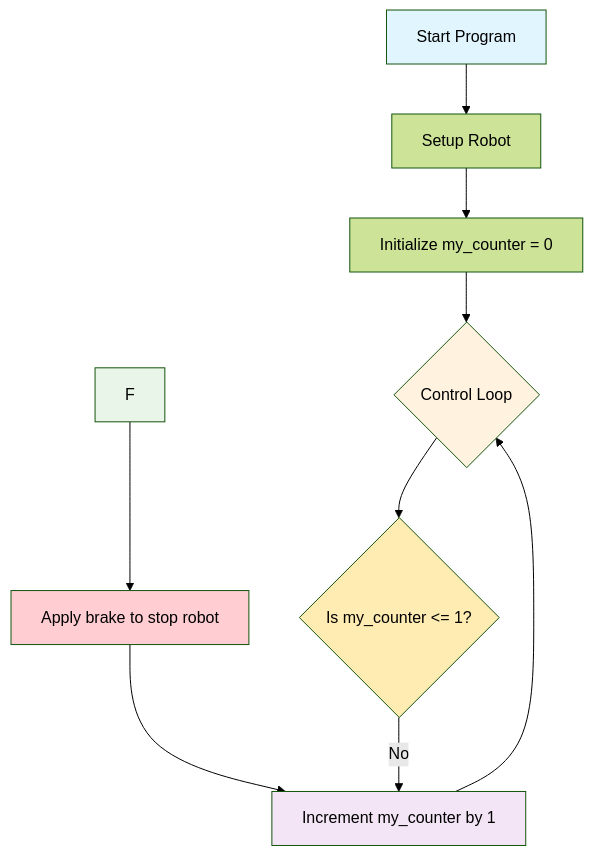
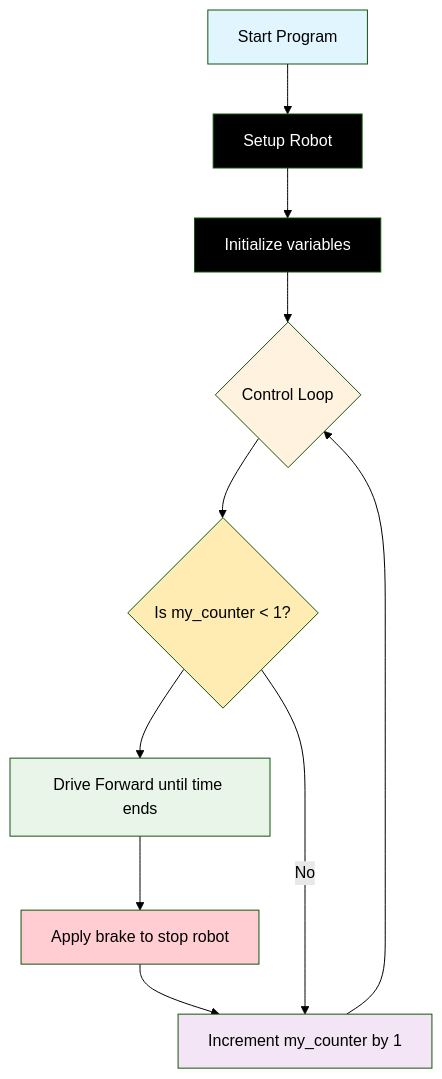
One commit to TempeHS/AIDriver_MicroPython_Challanges changed the diagram in docs/Challenge_2.md. Above: the diagram before and after it, drawn with Mermaid (forest theme). The commit also changed other lines of this file and 10 other files, not shown here.

````diff
--- a/docs/Challenge_2.md
+++ b/docs/Challenge_2.md
@@ -11,18 +16,21 @@
 ```mermaid
 flowchart TD
     A[Start Program] --> B[Setup Robot]
-    B --> C[Initialize my_counter = 0]
+    B --> C[Initialize variables]
     C --> D{Control Loop}
-    D --> E{Is my_counter <= 1?}
+    D --> E{Is my_counter < 1?}
+    E --> F[Drive Forward until time ends]
     F --> G[Apply brake to stop robot]
     G --> H[Increment my_counter by 1]
     H --> D
     E -->|No| H
 
-    style A fill:#e1f5fe
-    style D fill:#fff3e0
-    style E fill:#ffecb3
-    style F fill:#e8f5e8
-    style G fill:#ffcdd2
-    style H fill:#f3e5f5
+    style A fill:#e1f5fe,color:#000000
+    style B fill:#000000, color:#ffffff
+    style C fill:#000000, color:#ffffff
+    style D fill:#fff3e0,color:#000000
+    style E fill:#ffecb3,color:#000000
+    style F fill:#e8f5e8,color:#000000
+    style G fill:#ffcdd2,color:#000000
+    style H fill:#f3e5f5,color:#000000
 ```
````
